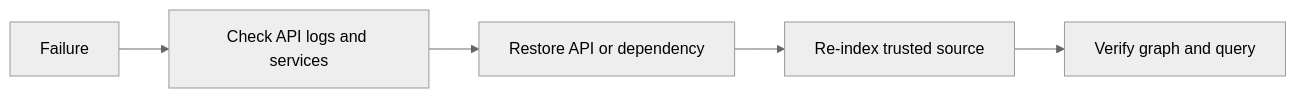
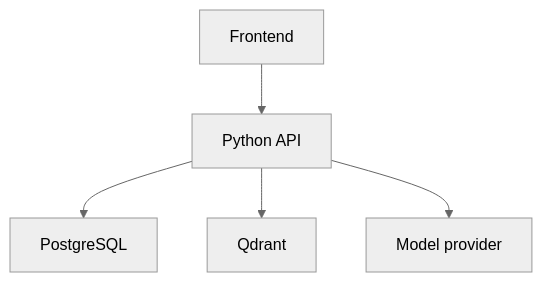
The diagram in docs/OPERATIONS.md (YashJain2410/CodeSage), drawn with Mermaid (neutral theme) before and after one commit. The commit also changed other lines of this file and 13 other files, not shown here.

Commit message:
Fixed architecture and documentation

````diff
--- a/docs/OPERATIONS.md
+++ b/docs/OPERATIONS.md
@@ -54,7 +5,7 @@
 ```mermaid
-flowchart LR
-    A[Failure] --> B[Check API logs and services]
-    B --> C[Restore API or dependency]
-    C --> D[Re-index trusted source]
-    D --> E[Verify graph and query]
+flowchart TD
+    A[Frontend] --> B[Python API]
+    B --> C[PostgreSQL]
+    B --> D[Qdrant]
+    B --> E[Model provider]
 ```
````
